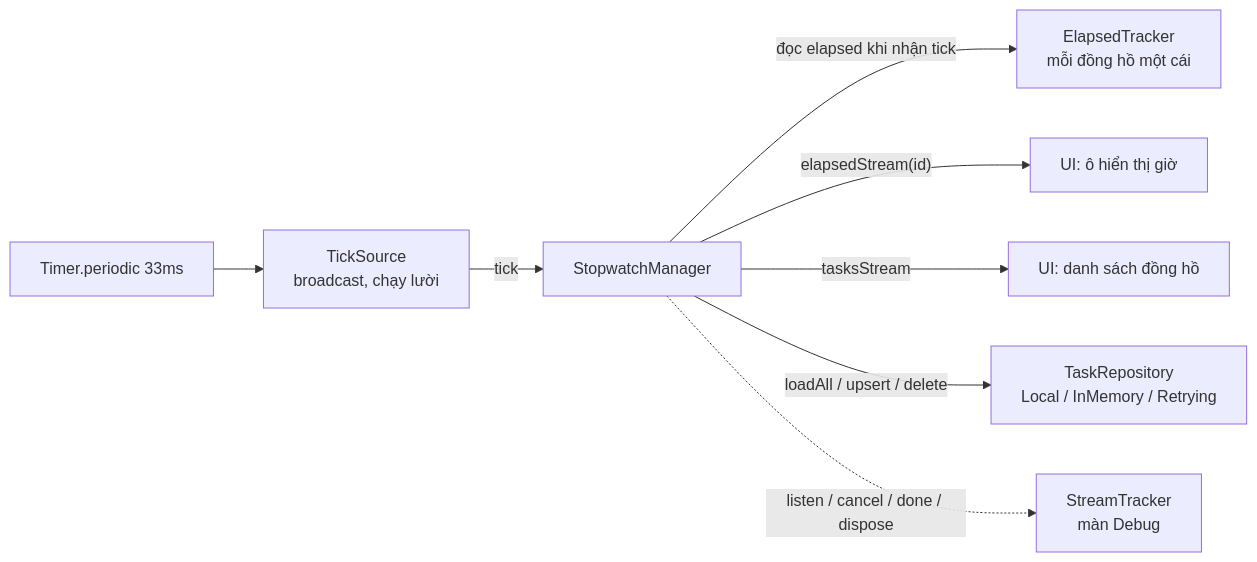
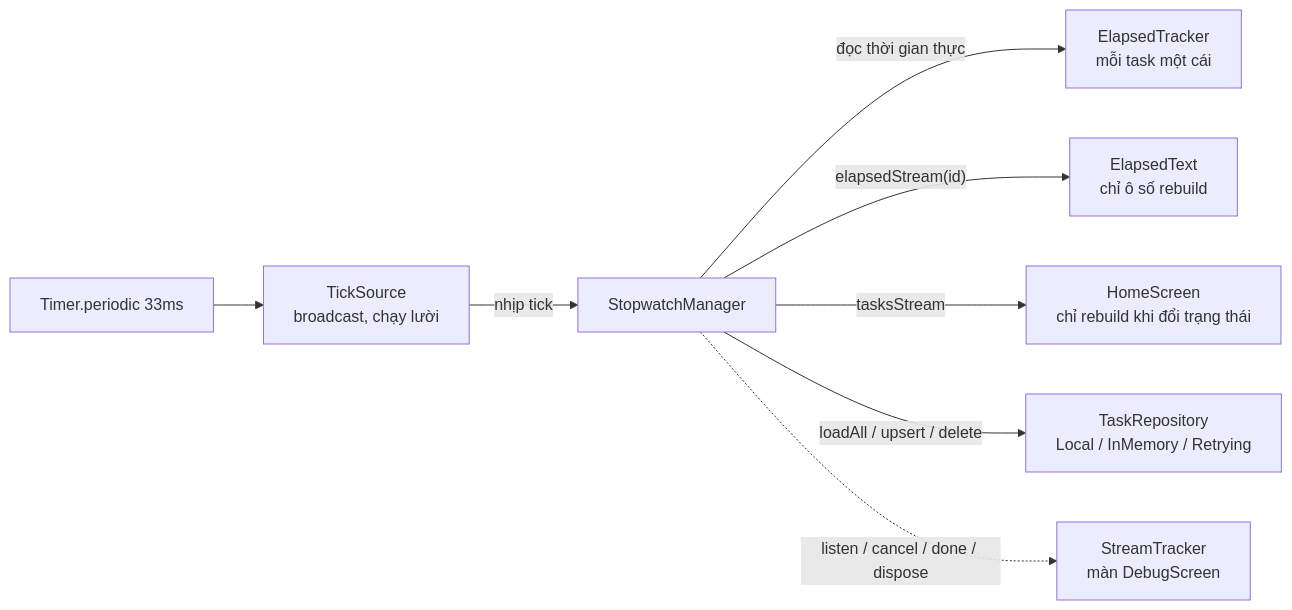
One commit to cityengin/multi-stopwatch changed the diagram in README.md. Above: the diagram before and after it, drawn with Mermaid. The commit also changed other lines of this file and 2 other files, not shown here.

Commit message:
docs: update README with full project architecture, UI integration and presentation deck

````diff
--- a/README.md
+++ b/README.md
@@ -41,10 +96,10 @@
 ```mermaid
 flowchart LR
     T["Timer.periodic 33ms"] --> TS["TickSource<br/>broadcast, chạy lười"]
-    TS -- "tick" --> M["StopwatchManager"]
-    M -- "đọc elapsed khi nhận tick" --> ET["ElapsedTracker<br/>mỗi đồng hồ một cái"]
-    M -- "elapsedStream(id)" --> UI1["UI: ô hiển thị giờ"]
-    M -- "tasksStream" --> UI2["UI: danh sách đồng hồ"]
+    TS -- "nhịp tick" --> M["StopwatchManager"]
+    M -- "đọc thời gian thực" --> ET["ElapsedTracker<br/>mỗi task một cái"]
+    M -- "elapsedStream(id)" --> UI1["ElapsedText<br/>chỉ ô số rebuild"]
+    M -- "tasksStream" --> UI2["HomeScreen<br/>chỉ rebuild khi đổi trạng thái"]
     M -- "loadAll / upsert / delete" --> R["TaskRepository<br/>Local / InMemory / Retrying"]
-    M -. "listen / cancel / done / dispose" .-> ST["StreamTracker<br/>màn Debug"]
+    M -. "listen / cancel / done / dispose" .-> ST["StreamTracker<br/>màn DebugScreen"]
 ```
````
